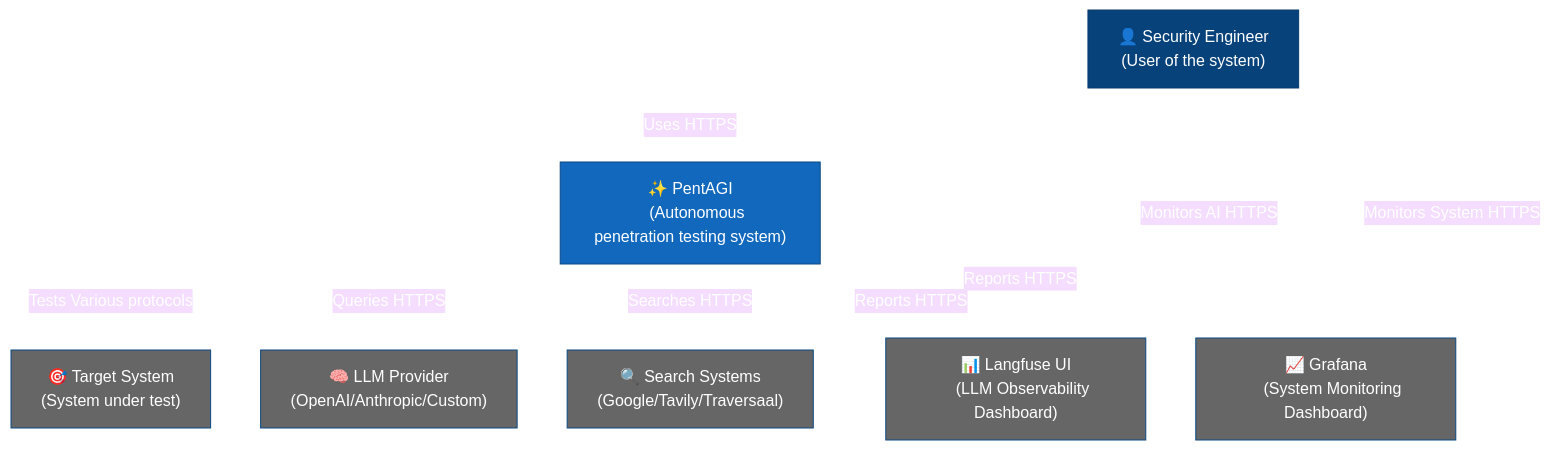
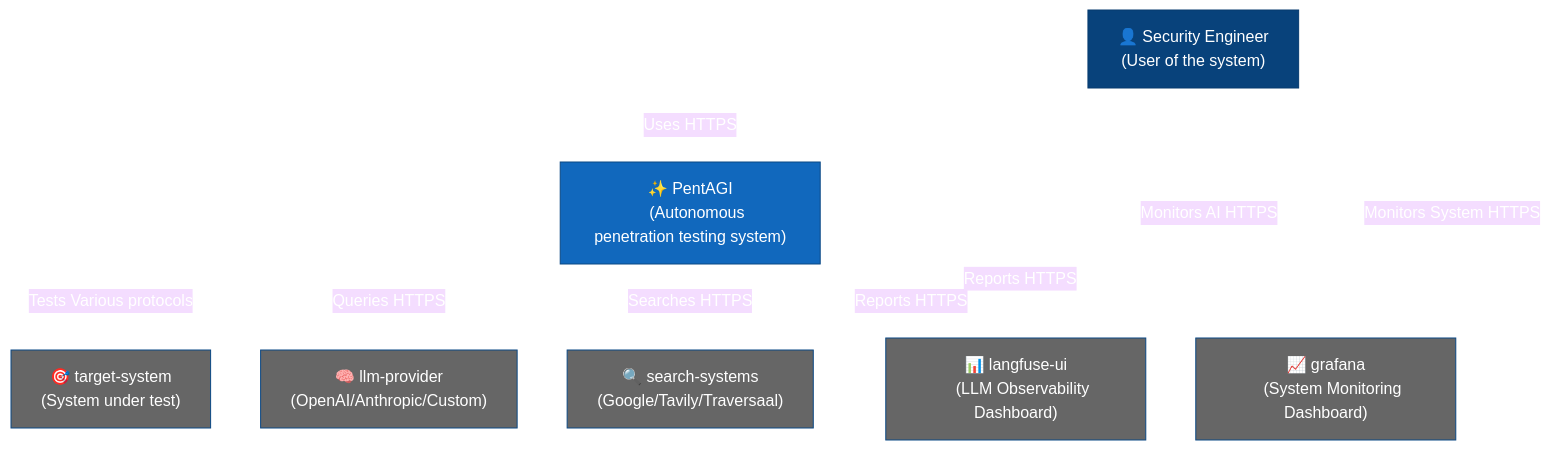
The first of 5 diagrams in README.md (pentagi-oss/pentagi), drawn with Mermaid (base theme) before and after one commit. The commit also changed other lines of this file and 107 other files, not shown here.

````diff
--- a/README.md
+++ b/README.md
@@ -46,38 +46,38 @@
 ```mermaid
 flowchart TB
     classDef person fill:#08427B,stroke:#073B6F,color:#fff
     classDef system fill:#1168BD,stroke:#0B4884,color:#fff
     classDef external fill:#666666,stroke:#0B4884,color:#fff
     
     pentester["👤 Security Engineer
     (User of the system)"]
     
     pentagi["✨ PentAGI
     (Autonomous penetration testing system)"]
     
-    target["🎯 Target System
+    target["🎯 target-system
     (System under test)"]
-    llm["🧠 LLM Provider
+    llm["🧠 llm-provider
     (OpenAI/Anthropic/Custom)"]
-    search["🔍 Search Systems
+    search["🔍 search-systems
     (Google/Tavily/Traversaal)"]
-    langfuse["📊 Langfuse UI
+    langfuse["📊 langfuse-ui
     (LLM Observability Dashboard)"]
-    grafana["📈 Grafana
+    grafana["📈 grafana
     (System Monitoring Dashboard)"]
     
     pentester --> |Uses HTTPS| pentagi
     pentester --> |Monitors AI HTTPS| langfuse
     pentester --> |Monitors System HTTPS| grafana
     pentagi --> |Tests Various protocols| target
     pentagi --> |Queries HTTPS| llm
     pentagi --> |Searches HTTPS| search
     pentagi --> |Reports HTTPS| langfuse
     pentagi --> |Reports HTTPS| grafana
     
     class pentester person
     class pentagi system
     class target,llm,search,langfuse,grafana external
     
     linkStyle default stroke:#ffffff,color:#ffffff
 ```
````
